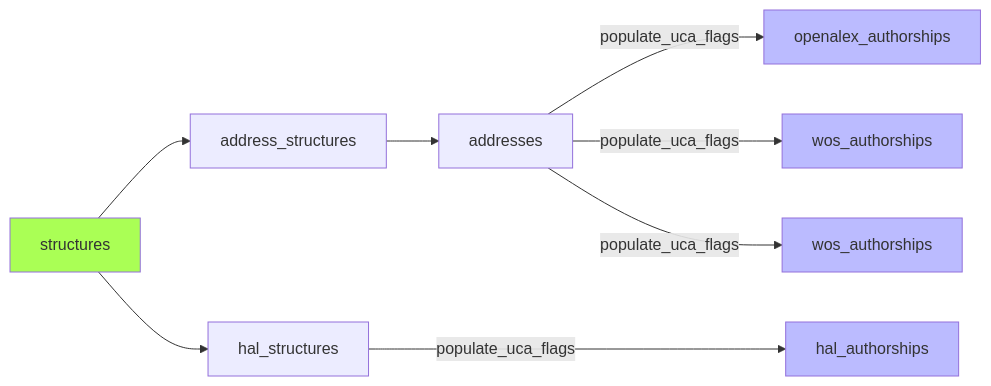
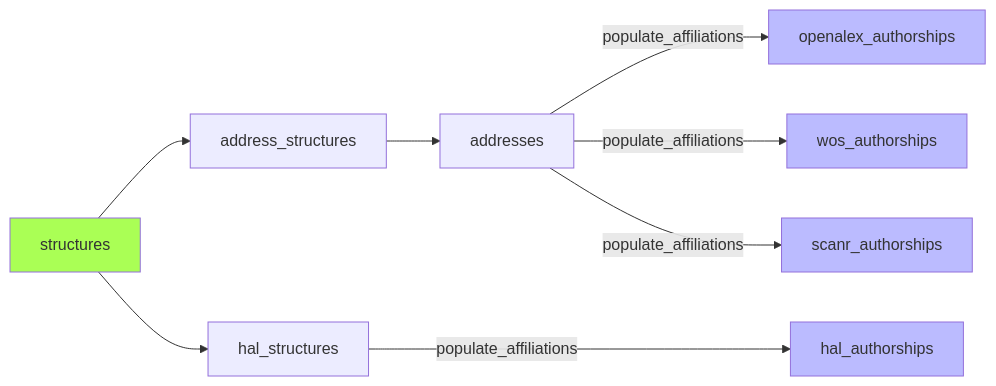
The fifth of 9 diagrams in docs/pipeline.md (Y33sha/bibliometrie-uca), drawn with Mermaid before and after one commit. The commit also changed other lines of this file and 8 other files, not shown here.

First line of the commit message:
Renommer phase uca_flags → affiliations

````diff
--- a/docs/pipeline.md
+++ b/docs/pipeline.md
@@ -159,13 +159,13 @@
 ```mermaid
 flowchart LR
     A[structures]-->B[address_structures]
     B-->C
-    C[addresses]-->|populate_uca_flags|D[openalex_authorships]
-    C-->|populate_uca_flags|E[wos_authorships]
-    C-->|populate_uca_flags|H[wos_authorships]
-    A-->F[hal_structures]--->|populate_uca_flags|G[hal_authorships]
+    C[addresses]-->|populate_affiliations|D[openalex_authorships]
+    C-->|populate_affiliations|E[wos_authorships]
+    C-->|populate_affiliations|H[scanr_authorships]
+    A-->F[hal_structures]--->|populate_affiliations|G[hal_authorships]
     classDef new  fill:#bbf
     classDef valid  fill:#af5
     class D,E,G,H new;
     class A valid;
 ```
````
